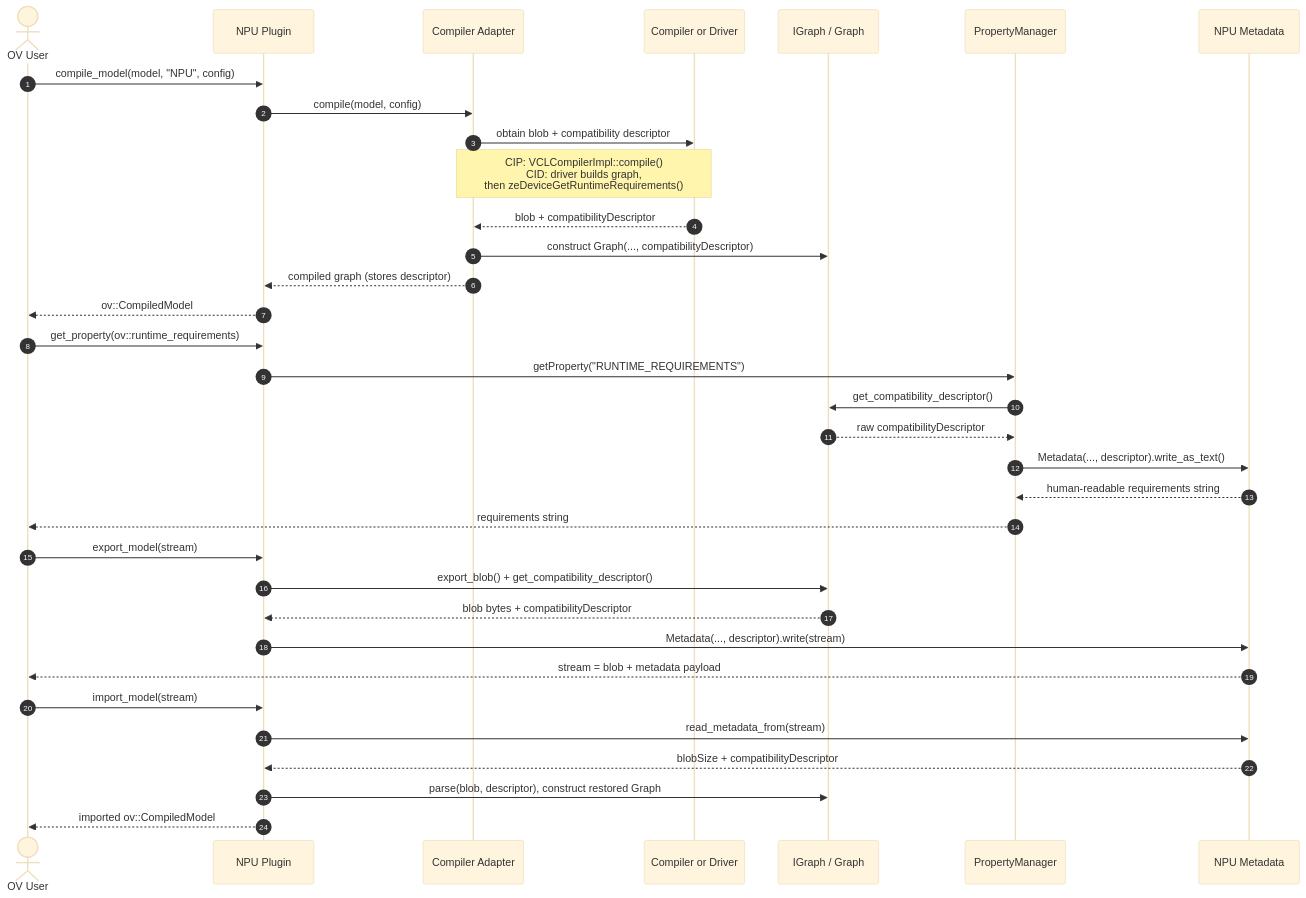
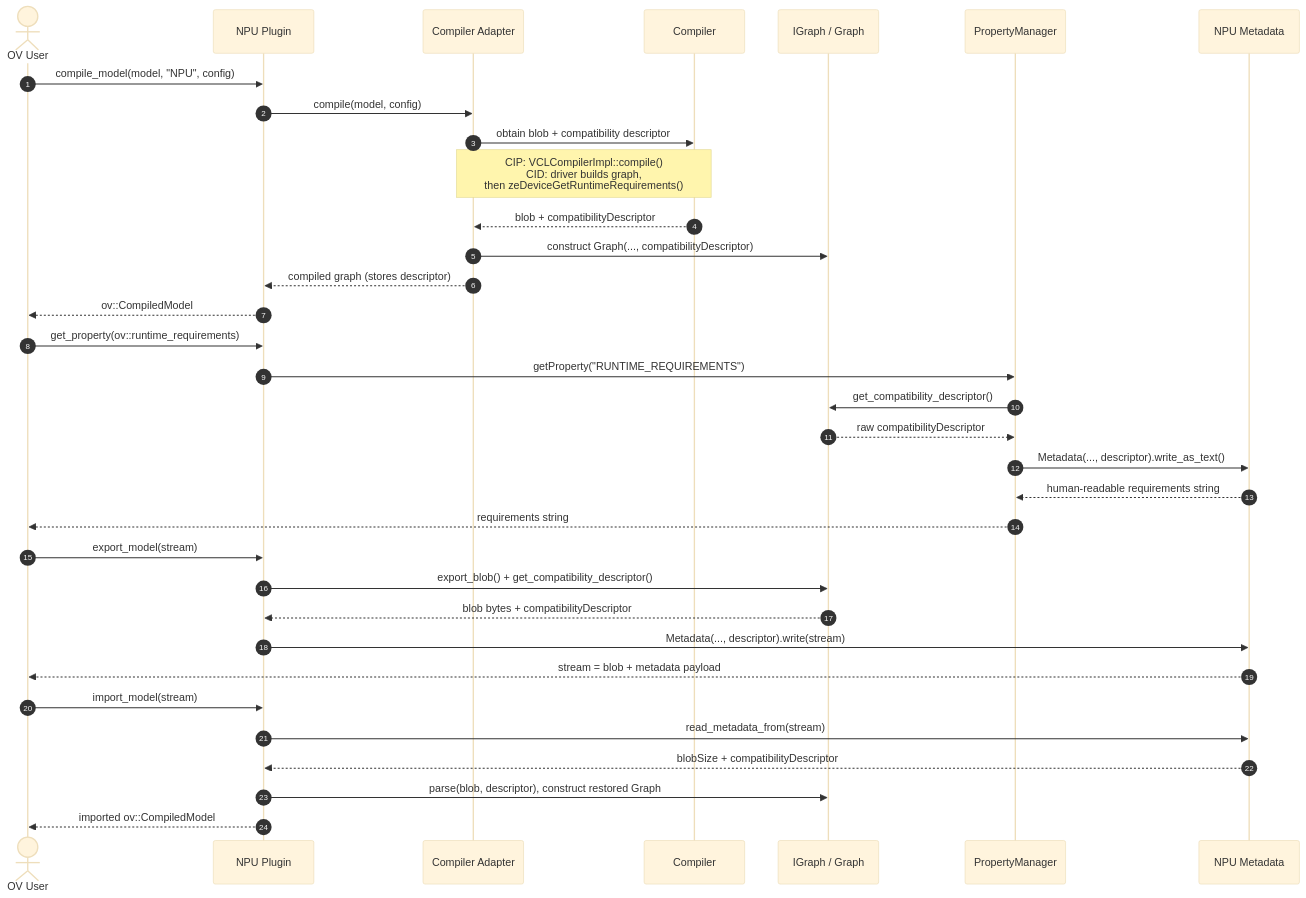
The diagram in src/plugins/intel_npu/docs/runtime-requirements.md (openvinotoolkit/openvino), drawn with Mermaid (base theme) before and after one commit. The commit also changed other lines of this file and 2 other files, not shown here.

````diff
--- a/src/plugins/intel_npu/docs/runtime-requirements.md
+++ b/src/plugins/intel_npu/docs/runtime-requirements.md
@@ -19,40 +19,40 @@
 ```mermaid
 sequenceDiagram
     autonumber
     actor User as OV User
     participant Plugin as NPU Plugin
     participant Adapter as Compiler Adapter
-    participant Compiler as Compiler or Driver
+    participant Compiler as Compiler
     participant Graph as IGraph / Graph
     participant PM as PropertyManager
     participant Meta as NPU Metadata
 
     User->>Plugin: compile_model(model, "NPU", config)
     Plugin->>Adapter: compile(model, config)
     Adapter->>Compiler: obtain blob + compatibility descriptor
     Note over Adapter,Compiler: CIP: VCLCompilerImpl::compile()<br/>CID: driver builds graph,<br/> then zeDeviceGetRuntimeRequirements()
     Compiler-->>Adapter: blob + compatibilityDescriptor
     Adapter->>Graph: construct Graph(..., compatibilityDescriptor)
     Adapter-->>Plugin: compiled graph (stores descriptor)
     Plugin-->>User: ov::CompiledModel
 
     User->>Plugin: get_property(ov::runtime_requirements)
     Plugin->>PM: getProperty("RUNTIME_REQUIREMENTS")
     PM->>Graph: get_compatibility_descriptor()
     Graph-->>PM: raw compatibilityDescriptor
     PM->>Meta: Metadata(..., descriptor).write_as_text()
     Meta-->>PM: human-readable requirements string
     PM-->>User: requirements string
 
     User->>Plugin: export_model(stream)
     Plugin->>Graph: export_blob() + get_compatibility_descriptor()
     Graph-->>Plugin: blob bytes + compatibilityDescriptor
     Plugin->>Meta: Metadata(..., descriptor).write(stream)
     Meta-->>User: stream = blob + metadata payload
 
     User->>Plugin: import_model(stream)
     Plugin->>Meta: read_metadata_from(stream)
     Meta-->>Plugin: blobSize + compatibilityDescriptor
     Plugin->>Graph: parse(blob, descriptor), construct restored Graph
     Plugin-->>User: imported ov::CompiledModel
 ```
````
